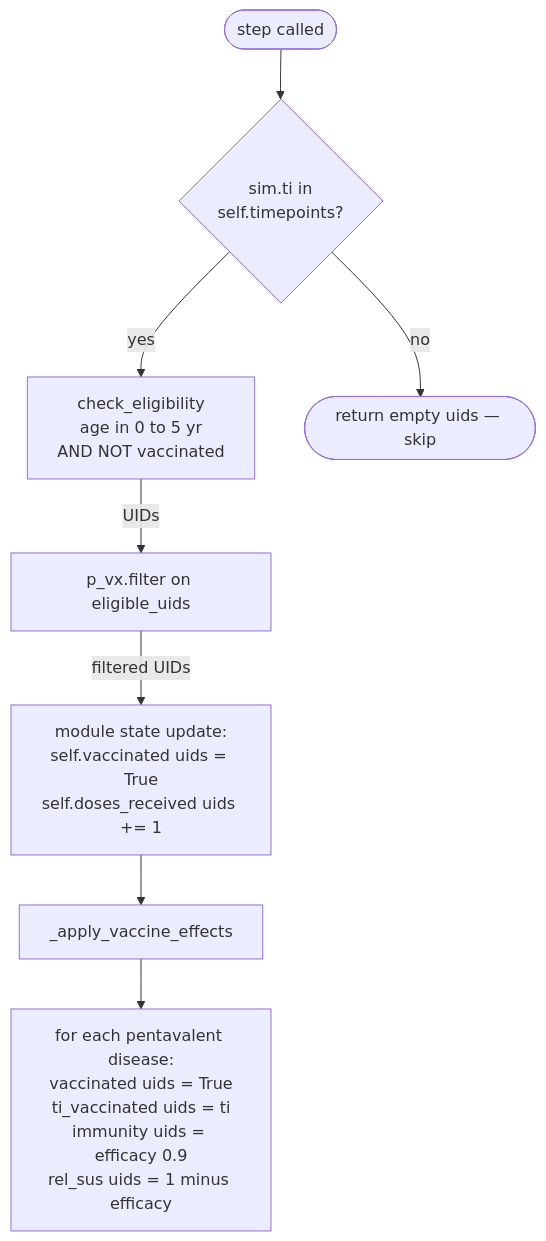
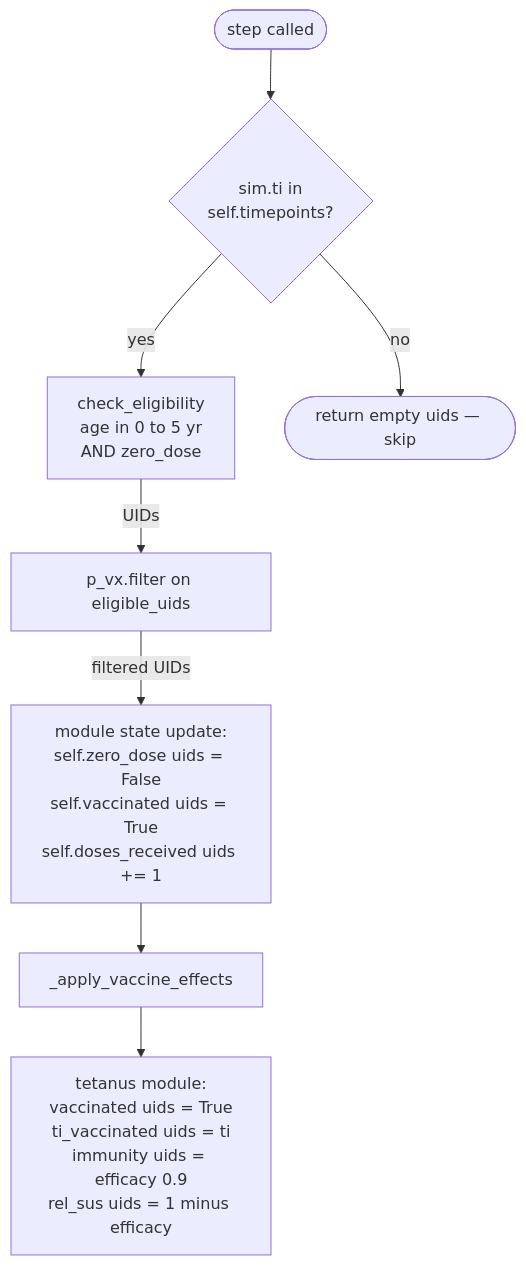
One commit to starsimhub/zdsim changed the tenth of 12 diagrams in docs/ARCHITECTURE.md. Above: the diagram before and after it, drawn with Mermaid. The commit also changed other lines of this file, not shown here.

````diff
--- a/docs/ARCHITECTURE.md
+++ b/docs/ARCHITECTURE.md
@@ -386,19 +351,19 @@
 ```mermaid
 flowchart TD
     START(["step called"])
     T{"sim.ti in<br/>self.timepoints?"}
-    EL["check_eligibility<br/>age in 0 to 5 yr<br/>AND NOT vaccinated"]
+    EL["check_eligibility<br/>age in 0 to 5 yr<br/>AND zero_dose"]
     DRAW["p_vx.filter on eligible_uids"]
     APPLY["_apply_vaccine_effects"]
-    SET["for each pentavalent disease:<br/>vaccinated uids = True<br/>ti_vaccinated uids = ti<br/>immunity uids = efficacy 0.9<br/>rel_sus uids = 1 minus efficacy"]
+    SET["tetanus module:<br/>vaccinated uids = True<br/>ti_vaccinated uids = ti<br/>immunity uids = efficacy 0.9<br/>rel_sus uids = 1 minus efficacy"]
     NO(["return empty uids — skip"])
-    STATE["module state update:<br/>self.vaccinated uids = True<br/>self.doses_received uids += 1"]
+    STATE["module state update:<br/>self.zero_dose uids = False<br/>self.vaccinated uids = True<br/>self.doses_received uids += 1"]
 
     START --> T
     T -->|yes| EL
     T -->|no| NO
     EL -->|UIDs| DRAW
     DRAW -->|filtered UIDs| STATE
     STATE --> APPLY
     APPLY --> SET
 ```
````
